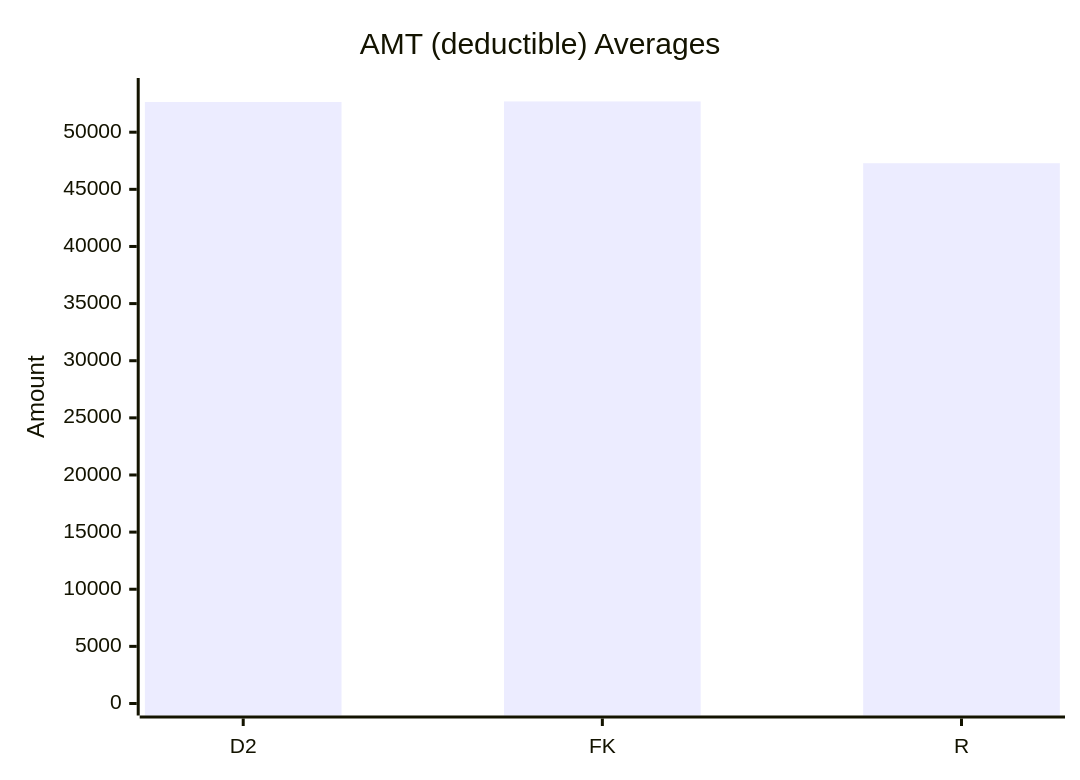
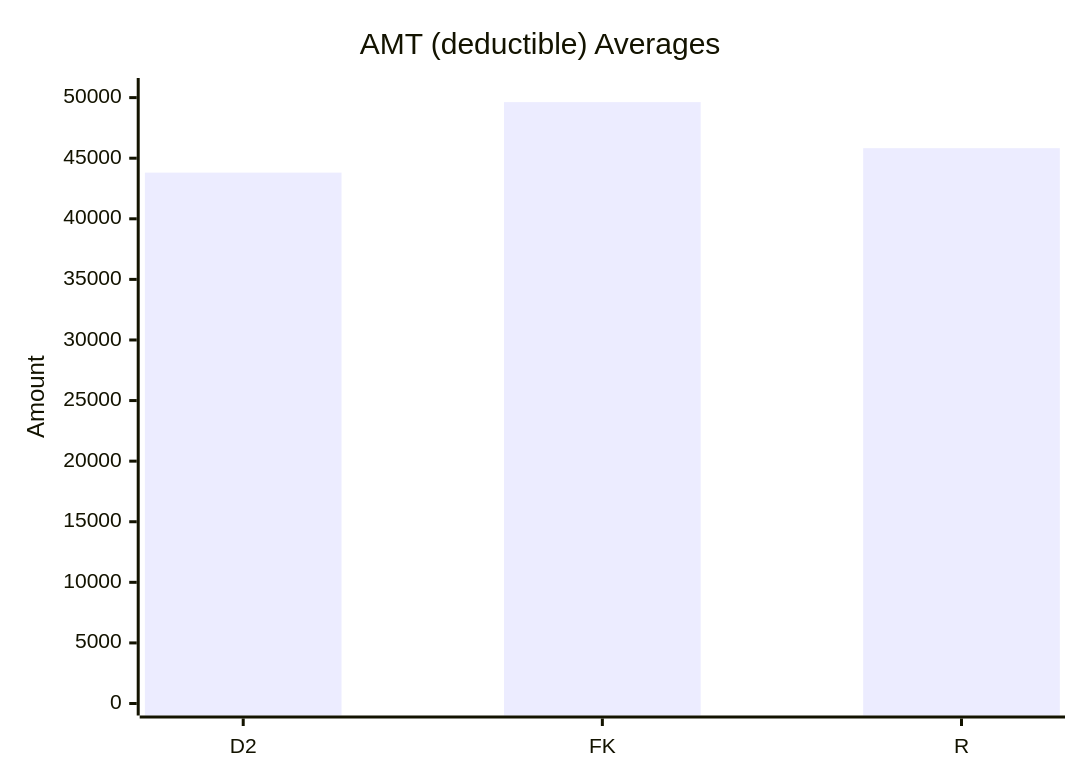
Before and after one commit to dhagan-va/intern-2025: the ninth of 10 diagrams in test-tools/DataGen/src/Statistics_Visualizer.md, drawn with Mermaid. The commit also changed other lines of this file and 1 other file, not shown here.

````diff
--- a/test-tools/DataGen/src/Statistics_Visualizer.md
+++ b/test-tools/DataGen/src/Statistics_Visualizer.md
@@ -98,7 +98,7 @@
 ```mermaid
 xychart-beta
     title "AMT (deductible) Averages"
     x-axis ["D2", "FK", "R"]
-    y-axis "Amount" 0 --> 53693.71227722773
-    bar [52644.403465346564, 52693.71227722773, 47286.70643564357]
+    y-axis "Amount" 0 --> 50629.019306930655
+    bar [43811.21950495047, 49629.019306930655, 45828.306732673256]
 ```
````
